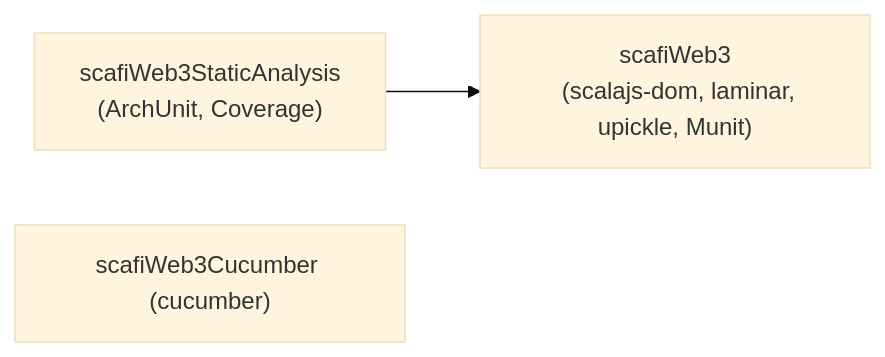
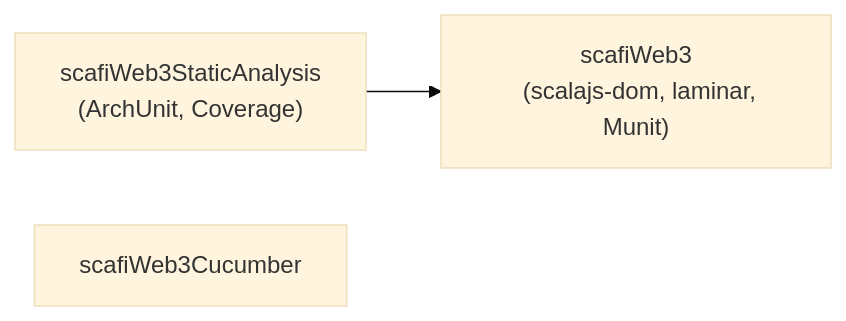
One commit to Ro0t-set/PPS-24-ScafiWeb3 changed the diagram in docs/src/06-testing/index.md. Above: the diagram before and after it, drawn with Mermaid (base theme). The commit also changed other lines of this file, not shown here.

````diff
--- a/docs/src/06-testing/index.md
+++ b/docs/src/06-testing/index.md
@@ -9,10 +9,10 @@
 ```mermaid
 graph LR
   js["scafiWeb3
-  (scalajs-dom, laminar, upickle, Munit)"]
+  (scalajs-dom, laminar, Munit)"]
   analysis["scafiWeb3StaticAnalysis
   (ArchUnit, Coverage)"]
-  cucumber["scafiWeb3Cucumber (cucumber)"]
+  cucumber["scafiWeb3Cucumber"]
 
   analysis --> js
 ```
````
